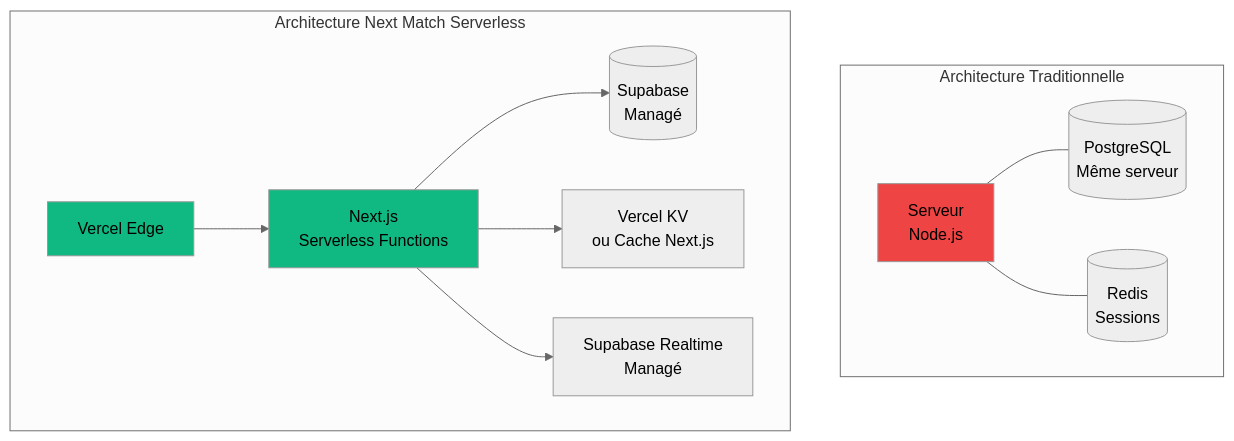
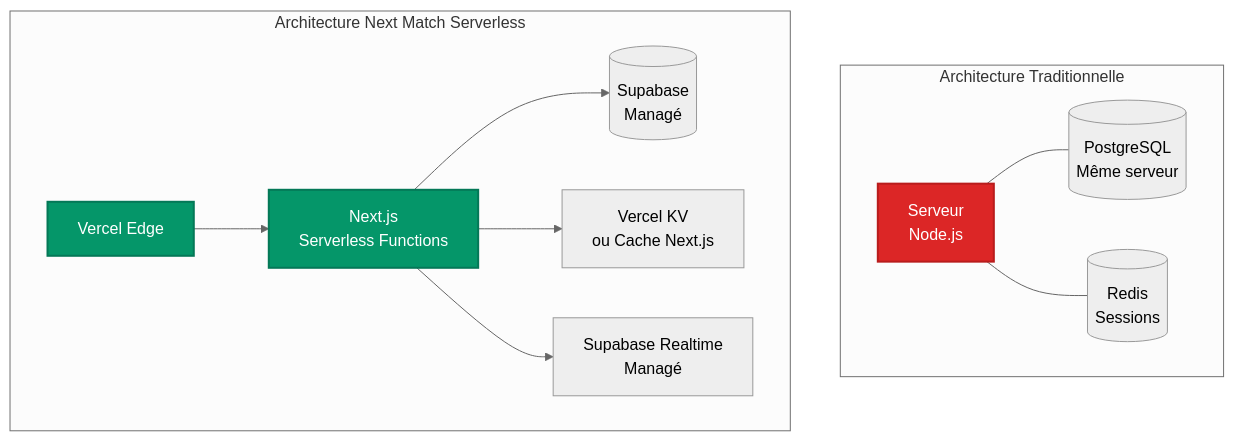
Before and after one commit to inskillflow/next-auth-demo-2-match: diagram 27 of 32 in documentation/16-diagrammes-architecture.md, drawn with Mermaid (neutral theme). The commit also changed other lines of this file, not shown here.

````diff
--- a/documentation/16-diagrammes-architecture.md
+++ b/documentation/16-diagrammes-architecture.md
@@ -1182,30 +1182,30 @@
 ```mermaid
 graph TB
     subgraph "Architecture Traditionnelle"
         direction LR
         MT[Serveur<br/>Node.js]
         MDB[(PostgreSQL<br/>Même serveur)]
         MRedis[(Redis<br/>Sessions)]
         
         MT --- MDB
         MT --- MRedis
     end
     
     subgraph "Architecture Next Match Serverless"
         direction LR
         Edge[Vercel Edge]
         Serverless[Next.js<br/>Serverless Functions]
         ExtDB[(Supabase<br/>Managé)]
         ExtCache[Vercel KV<br/>ou Cache Next.js]
         ExtRT[Supabase Realtime<br/>Managé]
         
         Edge --> Serverless
         Serverless --> ExtDB
         Serverless --> ExtCache
         Serverless --> ExtRT
     end
     
-    style MT fill:#ef4444
-    style Edge fill:#10b981
-    style Serverless fill:#10b981
+    style MT fill:#dc2626,stroke:#b91c1c,stroke-width:2px,color:#fff
+    style Edge fill:#059669,stroke:#047857,stroke-width:2px,color:#fff
+    style Serverless fill:#059669,stroke:#047857,stroke-width:2px,color:#fff
 ```
````
